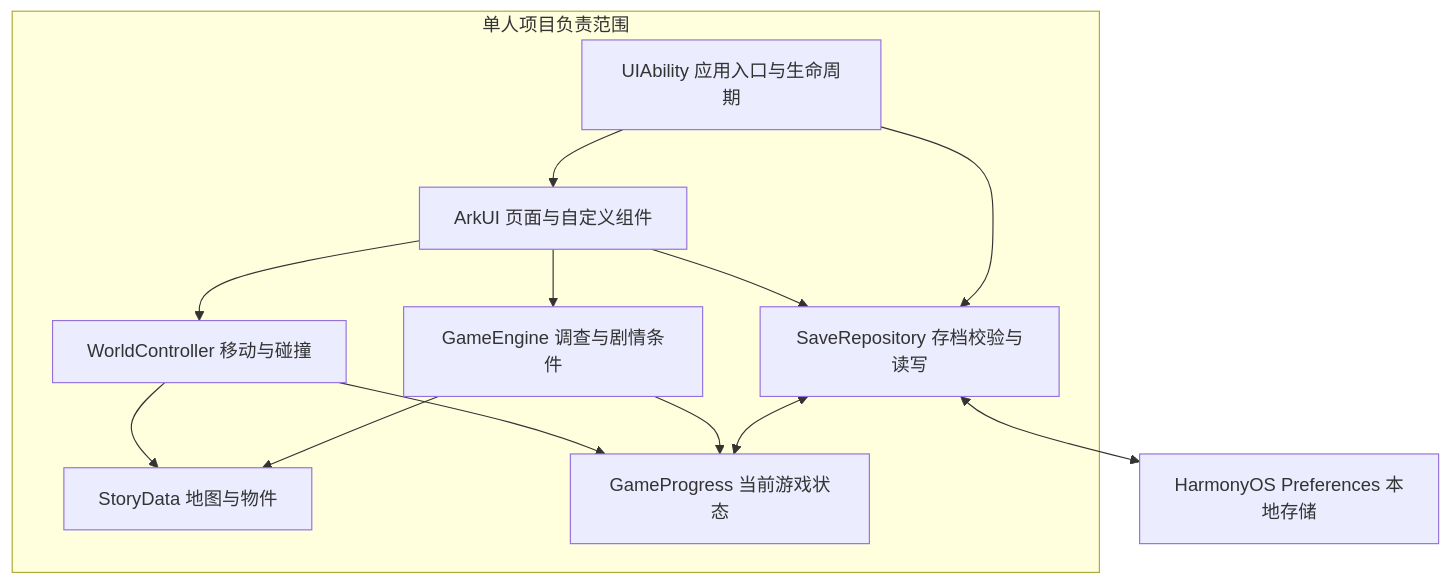
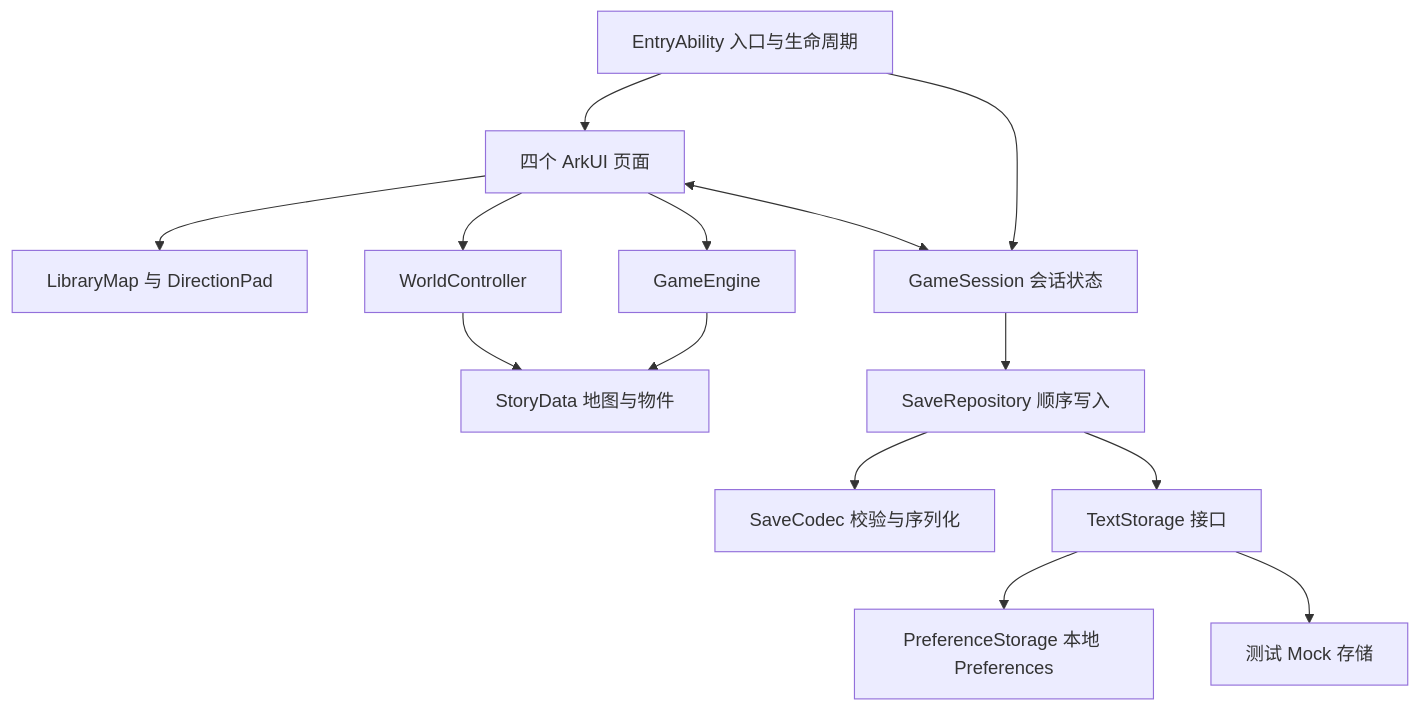
One commit to wxrsunny/ZeroHourLibrary changed the diagram in docs/系统架构.md. Above: the diagram before and after it, drawn with Mermaid. The commit also changed other lines of this file and 10 other files, not shown here.

````diff
--- a/docs/系统架构.md
+++ b/docs/系统架构.md
@@ -5,23 +5,16 @@
 ```mermaid
 flowchart TD
-    A[UIAbility 应用入口与生命周期] --> B[ArkUI 页面与自定义组件]
-    B --> C[WorldController 移动与碰撞]
-    B --> D[GameEngine 调查与剧情条件]
-    C --> E[StoryData 地图与物件]
-    D --> E
-    C --> F[GameProgress 当前游戏状态]
-    D --> F
-    B --> G[SaveRepository 存档校验与读写]
-    A --> G
-    G <--> H[HarmonyOS Preferences 本地存储]
-    G <--> F
-    subgraph 单人项目负责范围
-      A
-      B
-      C
-      D
-      E
-      F
-      G
-    end
+    A[EntryAbility 入口与生命周期] --> B[四个 ArkUI 页面]
+    A --> S[GameSession 会话状态]
+    B --> C[LibraryMap 与 DirectionPad]
+    B --> W[WorldController]
+    B --> E[GameEngine]
+    W --> D[StoryData 地图与物件]
+    E --> D
+    B <--> S
+    S --> R[SaveRepository 顺序写入]
+    R --> K[SaveCodec 校验与序列化]
+    R --> P[TextStorage 接口]
+    P --> H[PreferenceStorage 本地 Preferences]
+    P --> M[测试 Mock 存储]
 ```
````
